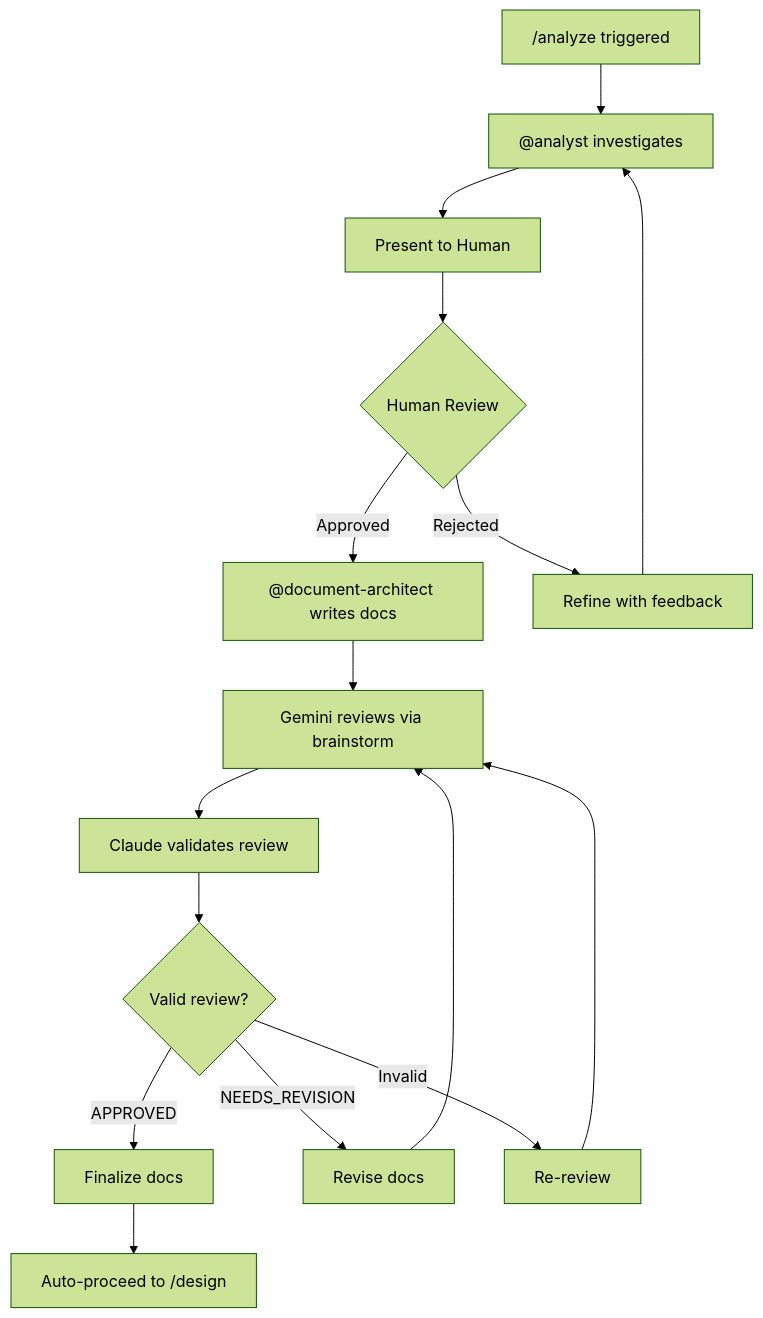
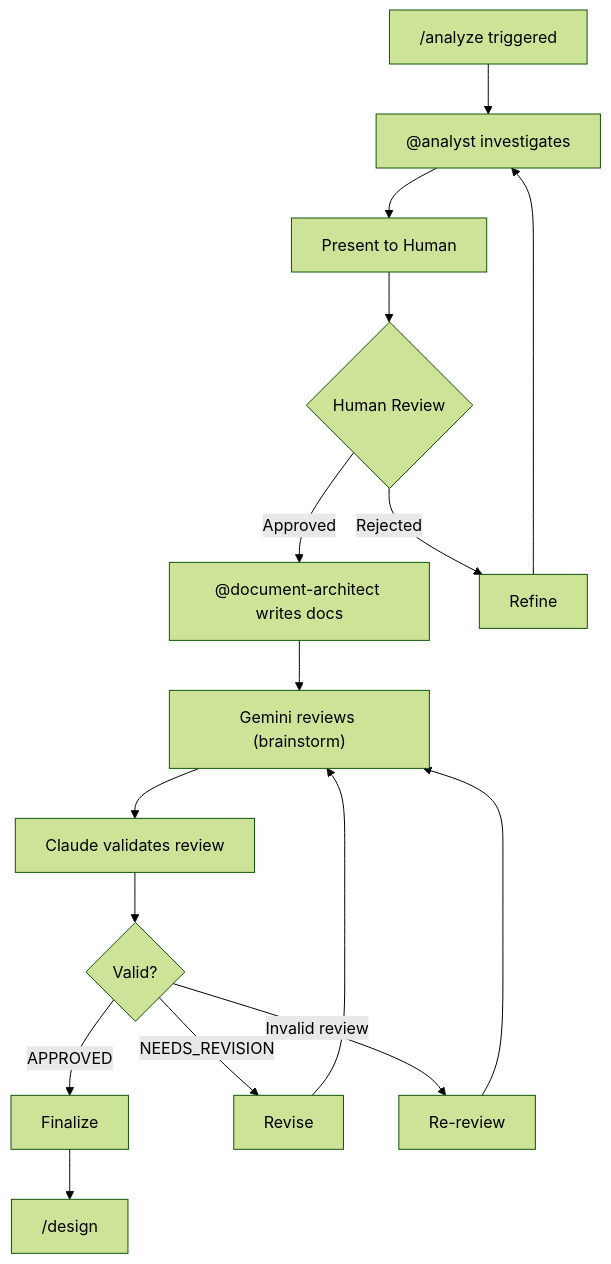
One commit to ksterx/claude-code-configs changed the diagram in commands/analyze.md. Above: the diagram before and after it, drawn with Mermaid (forest theme). The commit also changed other lines of this file and 1 other file, not shown here.

````diff
--- a/commands/analyze.md
+++ b/commands/analyze.md
@@ -5,18 +5,18 @@
 ```mermaid
 graph TD
     A["/analyze triggered"] --> B["@analyst investigates"]
     B --> C["Present to Human"]
     C --> D{Human Review}
     D -->|Approved| E["@document-architect writes docs"]
-    D -->|Rejected| F["Refine with feedback"]
+    D -->|Rejected| F["Refine"]
     F --> B
-    E --> G["Gemini reviews via brainstorm"]
+    E --> G["Gemini reviews (brainstorm)"]
     G --> H["Claude validates review"]
-    H --> I{Valid review?}
-    I -->|APPROVED| J["Finalize docs"]
-    I -->|NEEDS_REVISION| K["Revise docs"]
-    I -->|Invalid| L["Re-review"]
+    H --> I{Valid?}
+    I -->|APPROVED| J["Finalize"]
+    I -->|NEEDS_REVISION| K["Revise"]
+    I -->|Invalid review| L["Re-review"]
     K --> G
     L --> G
-    J --> M["Auto-proceed to /design"]
+    J --> M["/design"]
 ```
````
